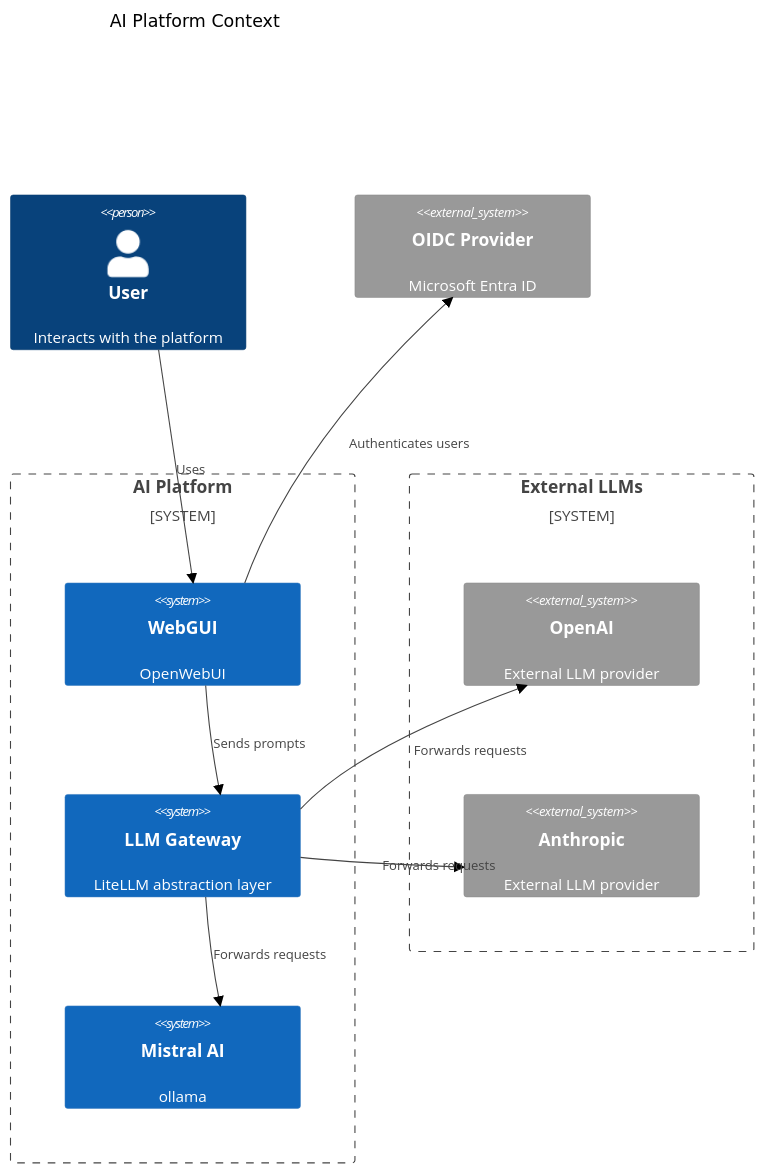
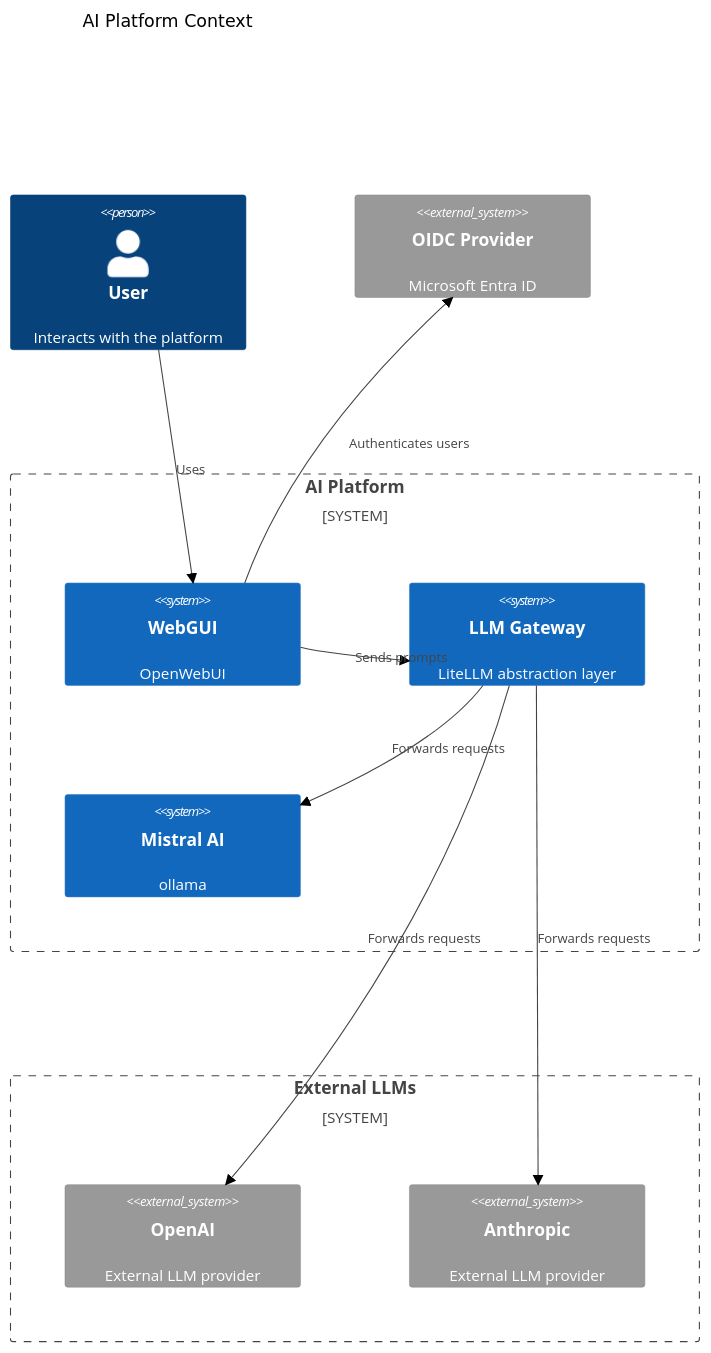
Before and after one commit to Albe83/ai-platform: the first of 2 diagrams in docs/architecture.md, drawn with Mermaid.

````diff
--- a/docs/architecture.md
+++ b/docs/architecture.md
@@ -14,25 +14,27 @@
 ```mermaid
 %%{init: { 'theme': 'neutral' } }%%
 C4Context
     title AI Platform Context
+    UpdateLayoutConfig("3", "1")
+
     Person(user, "User", "Interacts with the platform")
     System_Ext(oidc, "OIDC Provider", "Microsoft Entra ID")
 
     System_Boundary(platform, "AI Platform") {
         System(webgui, "WebGUI", "OpenWebUI")
         System(gateway, "LLM Gateway", "LiteLLM abstraction layer")
         System(mistral, "Mistral AI", "ollama")
     }
 
     System_Boundary(llms, "External LLMs") {
         System_Ext(openai, "OpenAI", "External LLM provider")
         System_Ext(anthropic, "Anthropic", "External LLM provider")
     }
 
     Rel(user, webgui, "Uses")
     Rel(webgui, oidc, "Authenticates users")
     Rel(webgui, gateway, "Sends prompts")
     Rel(gateway, openai, "Forwards requests")
     Rel(gateway, anthropic, "Forwards requests")
     Rel(gateway, mistral, "Forwards requests")
 ```
````
